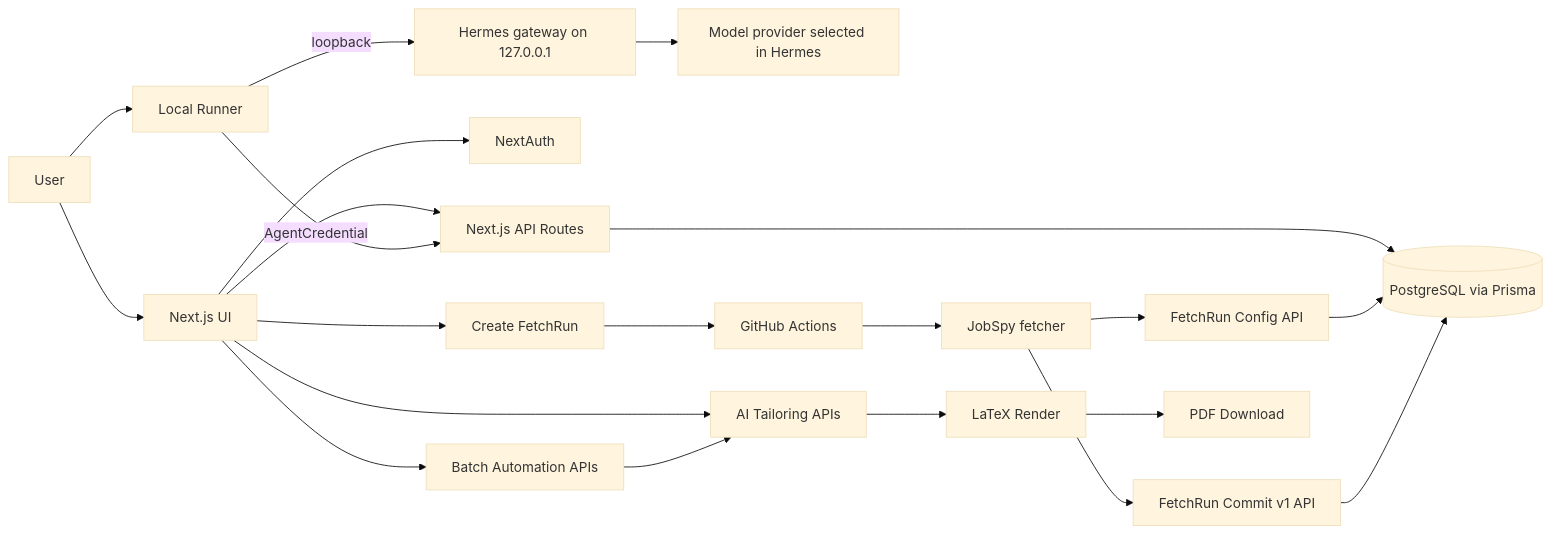
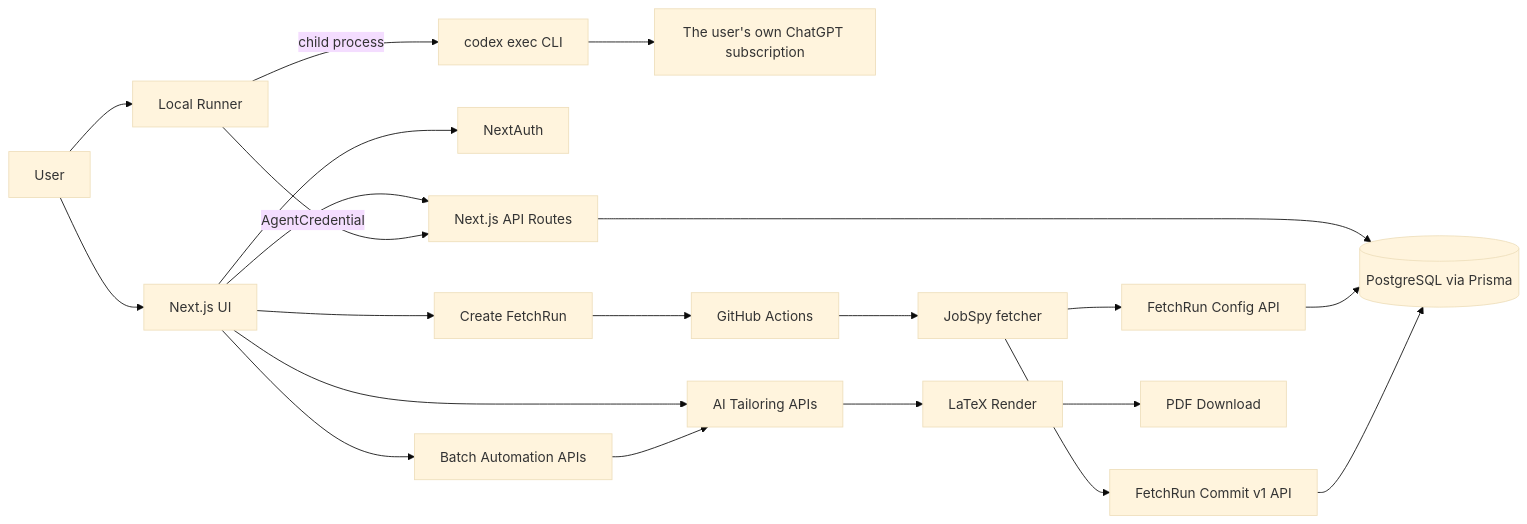
One commit to ShousenZHANG/joblit changed the diagram in README.md. Above: the diagram before and after it, drawn with Mermaid (base theme). The commit also changed other lines of this file and 18 other files, not shown here.

````diff
--- a/README.md
+++ b/README.md
@@ -393,28 +400,28 @@
 ```mermaid
 flowchart LR
   U[User] --> FE[Next.js UI]
   U --> RUN[Local Runner]
 
   FE --> API[Next.js API Routes]
   API --> DB[(PostgreSQL via Prisma)]
   FE --> AUTH[NextAuth]
 
   RUN -->|AgentCredential| API
-  RUN -->|loopback| HERMES[Hermes gateway on 127.0.0.1]
-  HERMES --> GPT[Model provider selected in Hermes]
+  RUN -->|child process| CODEX[codex exec CLI]
+  CODEX --> GPT[The user's own ChatGPT subscription]
 
   FE --> FR[Create FetchRun]
   FR --> GH[GitHub Actions]
   GH --> PY[JobSpy fetcher]
   PY --> CFG[FetchRun Config API]
   PY --> COMMIT[FetchRun Commit v1 API]
   CFG --> DB
   COMMIT --> DB
 
   FE --> AIPATH[AI Tailoring APIs]
   AIPATH --> PDF[LaTeX Render]
   PDF --> DL[PDF Download]
 
   FE --> BATCH[Batch Automation APIs]
   BATCH --> AIPATH
 ```
````
